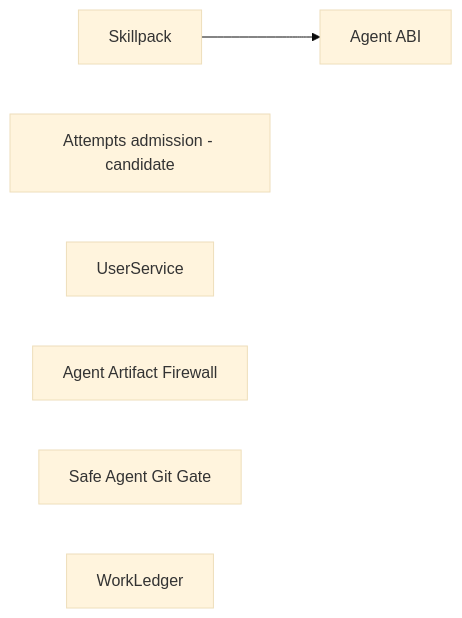
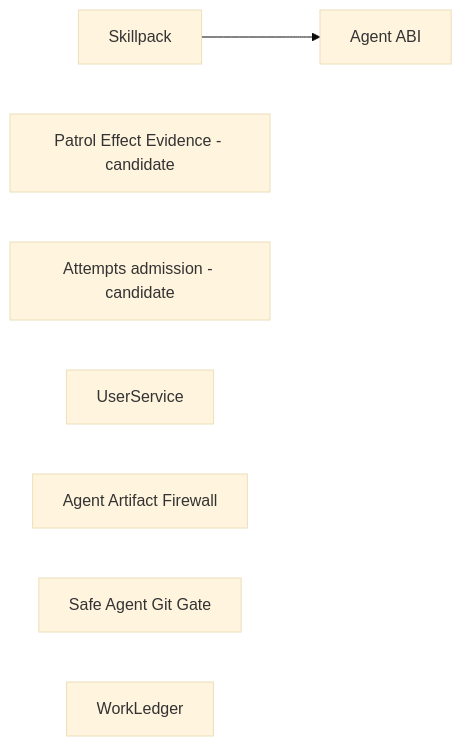
One commit to ivankuznetsov/hive changed the diagram in wiki/component-boundaries.md. Above: the diagram before and after it, drawn with Mermaid (base theme). The commit also changed other lines of this file and 198 other files, not shown here.

First line of the commit message:
refactor(patrol): isolate effects and start JobStore v3 fresh (#907)

````diff
--- a/wiki/component-boundaries.md
+++ b/wiki/component-boundaries.md
@@ -45,9 +47,10 @@
 ```mermaid
 flowchart LR
   skillpack[Skillpack] --> agent_abi[Agent ABI]
+  patrol_effects[Patrol Effect Evidence - candidate]
   attempts[Attempts admission - candidate]
   user_service[UserService]
   artifact_firewall[Agent Artifact Firewall]
   git_gate[Safe Agent Git Gate]
   work_ledger[WorkLedger]
 ```
````
